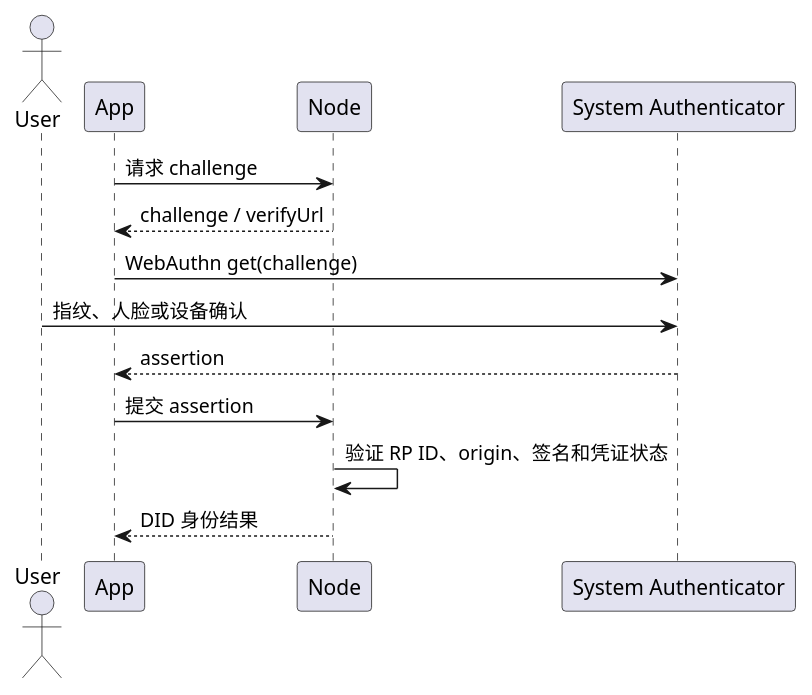
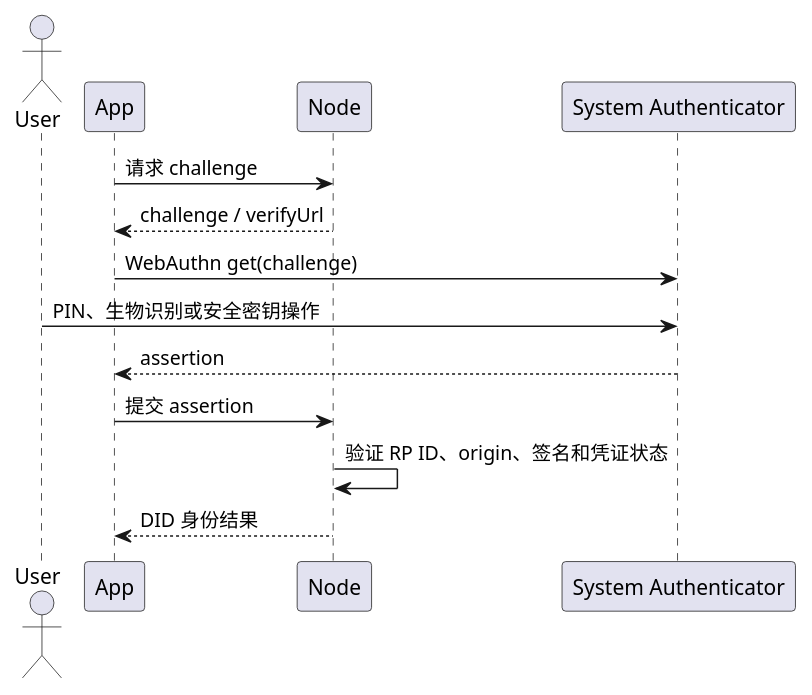
The first of 4 diagrams in docs/identity/身份认证器.md (yeying-community/wallet), drawn with PlantUML before and after one commit. The commit also changed other lines of this file and 16 other files, not shown here.

Commit message:
docs(wallet): clarify identity model and passkey flows

````diff
--- a/docs/identity/身份认证器.md
+++ b/docs/identity/身份认证器.md
@@ -45,16 +47,16 @@
 ```plantuml
 @startuml passkey-login
 actor User
 participant App
 participant Node
 participant "System Authenticator" as Auth
 App -> Node : 请求 challenge
 Node --> App : challenge / verifyUrl
 App -> Auth : WebAuthn get(challenge)
-User -> Auth : 指纹、人脸或设备确认
+User -> Auth : PIN、生物识别或安全密钥操作
 Auth --> App : assertion
 App -> Node : 提交 assertion
 Node -> Node : 验证 RP ID、origin、签名和凭证状态
 Node --> App : DID 身份结果
 @enduml
 ```
````
